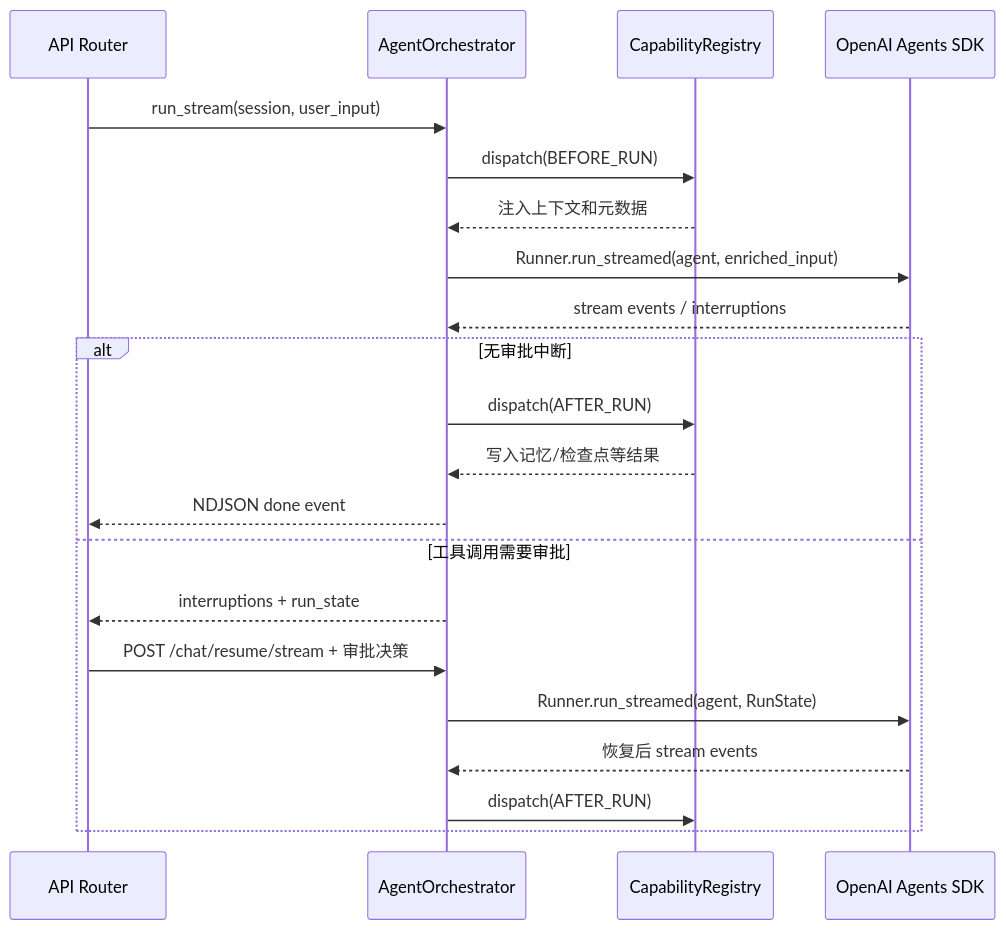
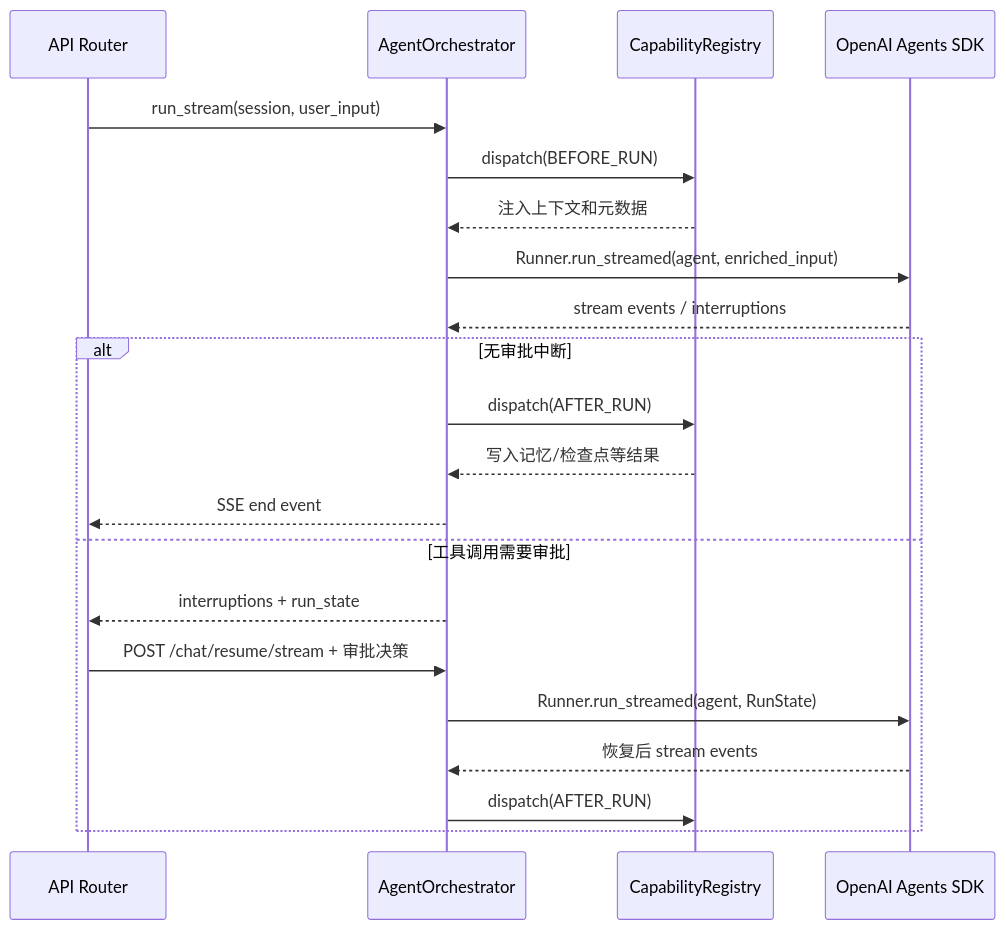
One commit to rnb-tron/openai-agents-harness changed the fourth of 5 diagrams in docs/design/ARCHITECTURE_DESIGN.md. Above: the diagram before and after it, drawn with Mermaid. The commit also changed other lines of this file and 18 other files, not shown here.

````diff
--- a/docs/design/ARCHITECTURE_DESIGN.md
+++ b/docs/design/ARCHITECTURE_DESIGN.md
@@ -280,24 +280,24 @@
 ```mermaid
 sequenceDiagram
     participant API as API Router
     participant Runtime as AgentOrchestrator
     participant Registry as CapabilityRegistry
     participant SDK as OpenAI Agents SDK
 
     API->>Runtime: run_stream(session, user_input)
     Runtime->>Registry: dispatch(BEFORE_RUN)
     Registry-->>Runtime: 注入上下文和元数据
     Runtime->>SDK: Runner.run_streamed(agent, enriched_input)
     SDK-->>Runtime: stream events / interruptions
     alt 无审批中断
         Runtime->>Registry: dispatch(AFTER_RUN)
         Registry-->>Runtime: 写入记忆/检查点等结果
-        Runtime-->>API: NDJSON done event
+        Runtime-->>API: SSE end event
     else 工具调用需要审批
         Runtime-->>API: interruptions + run_state
         API->>Runtime: POST /chat/resume/stream + 审批决策
         Runtime->>SDK: Runner.run_streamed(agent, RunState)
         SDK-->>Runtime: 恢复后 stream events
         Runtime->>Registry: dispatch(AFTER_RUN)
     end
 ```
````
